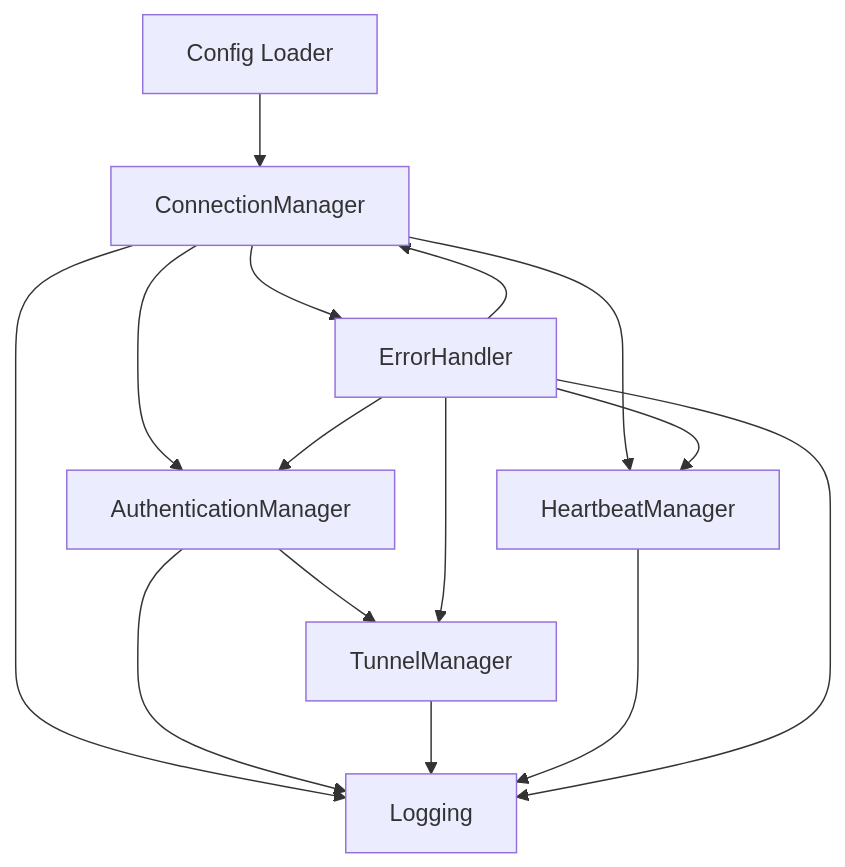
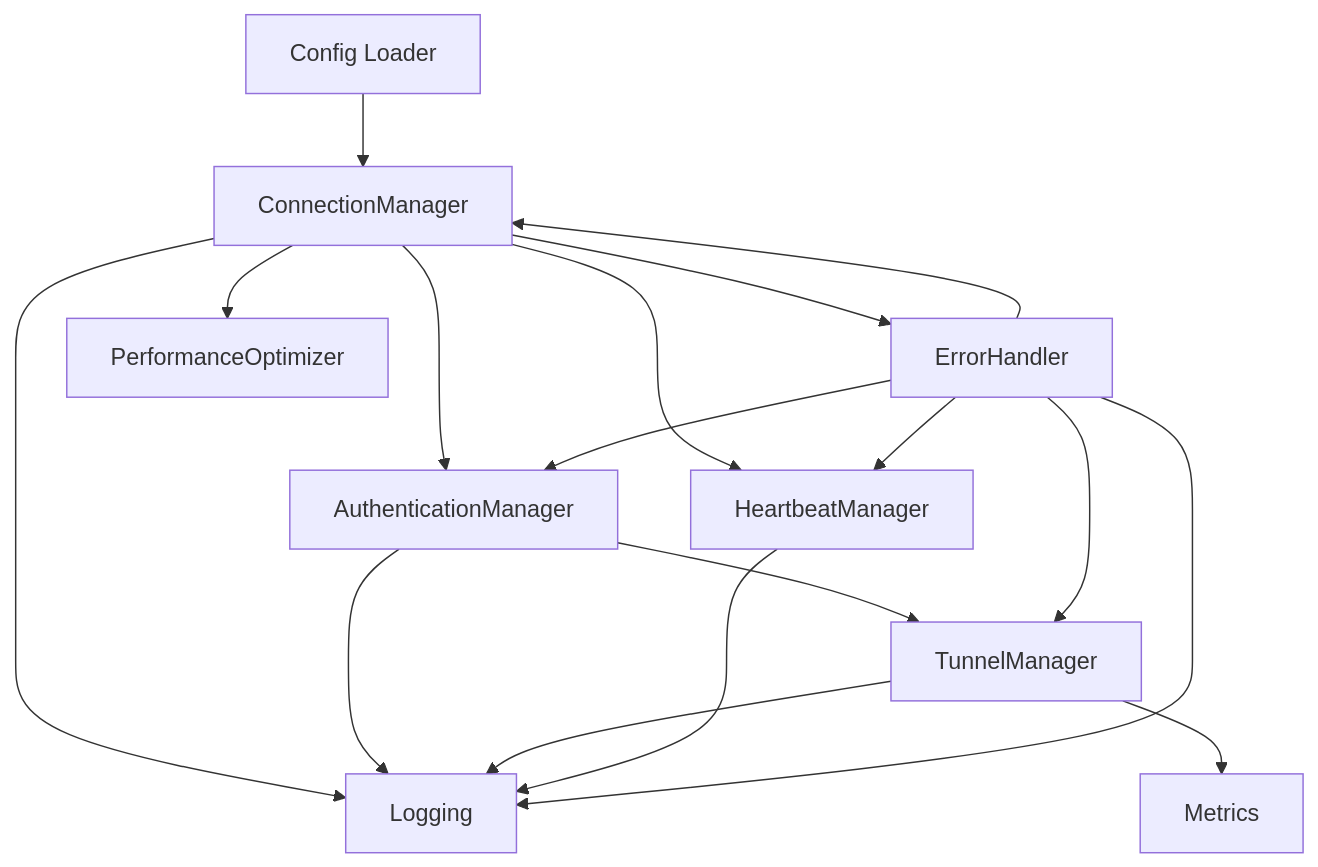
Before and after one commit to mlanies/cloudbridge-client: the diagram in docs/ARCHITECTURE.md, drawn with Mermaid. The commit also changed other lines of this file and 25 other files, not shown here.

First line of the commit message:
feat: CloudBridge Relay Client v2.0 - Multi-tenancy, Prometheus metrics, Performance optimization

````diff
--- a/docs/ARCHITECTURE.md
+++ b/docs/ARCHITECTURE.md
@@ -25,17 +29,19 @@
 ```mermaid
 graph TD
   A[Config Loader] --> B[ConnectionManager]
   B --> C[AuthenticationManager]
   C --> D[TunnelManager]
   B --> E[HeartbeatManager]
   B --> F[ErrorHandler]
   F --> B
   F --> C
   F --> D
   F --> E
   B --> G[Logging]
   C --> G
   D --> G
   E --> G
   F --> G
+  D --> H[Metrics]
+  B --> I[PerformanceOptimizer]
 ```
````
